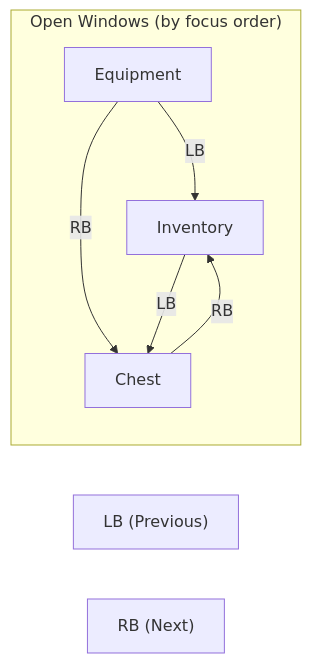
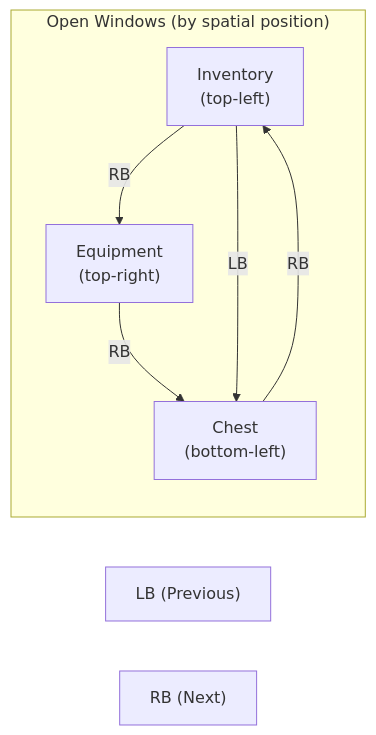
Before and after one commit to outliyr/outliyr-docs: the diagram in outliyr-framework/docs/base-lyra-modified/ui/item-container-ui-system/geometric-navigation/window-cycling.md, drawn with Mermaid. The commit also changed other lines of this file and 183 other files, not shown here.

````diff
--- a/outliyr-framework/docs/base-lyra-modified/ui/item-container-ui-system/geometric-navigation/window-cycling.md
+++ b/outliyr-framework/docs/base-lyra-modified/ui/item-container-ui-system/geometric-navigation/window-cycling.md
@@ -7,16 +7,16 @@
 ```mermaid
 flowchart LR
-    subgraph Windows ["Open Windows (by focus order)"]
-        W1[Inventory]
-        W2[Equipment]
-        W3[Chest]
+    subgraph Windows ["Open Windows (by spatial position)"]
+        W1["Inventory\n(top-left)"]
+        W2["Equipment\n(top-right)"]
+        W3["Chest\n(bottom-left)"]
     end
 
     LB["LB (Previous)"]
     RB["RB (Next)"]
 
-    W2 -->|LB| W1
+    W1 -->|RB| W2
     W2 -->|RB| W3
     W3 -->|RB| W1
     W1 -->|LB| W3
 ```
````
